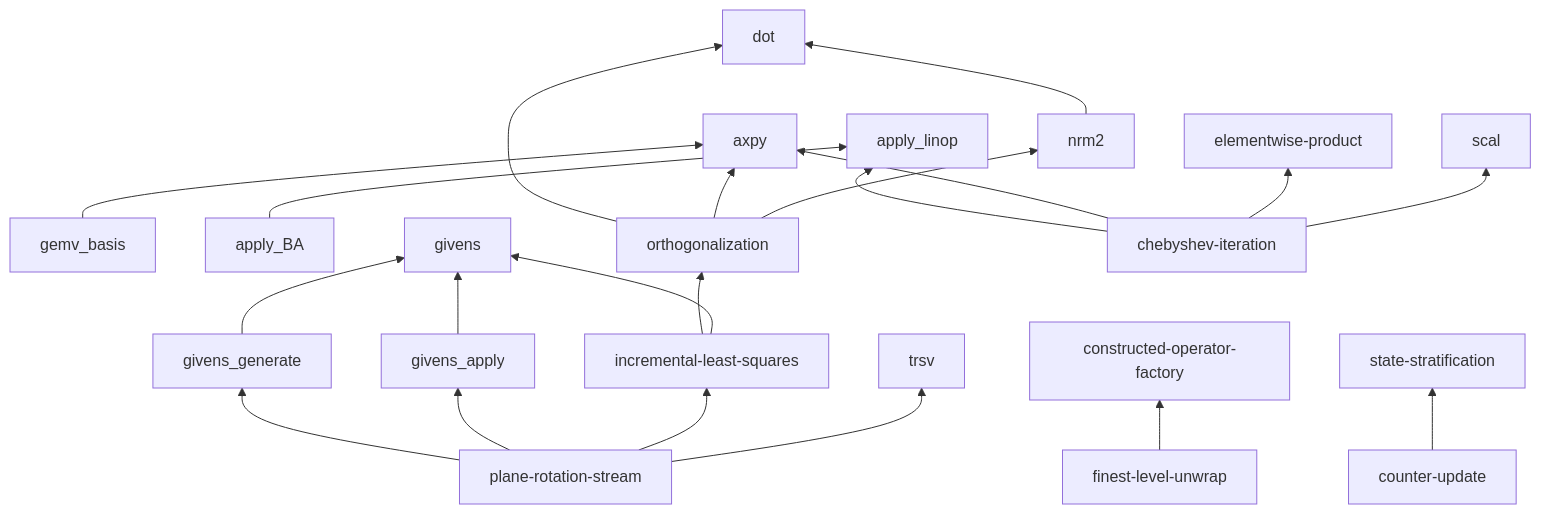
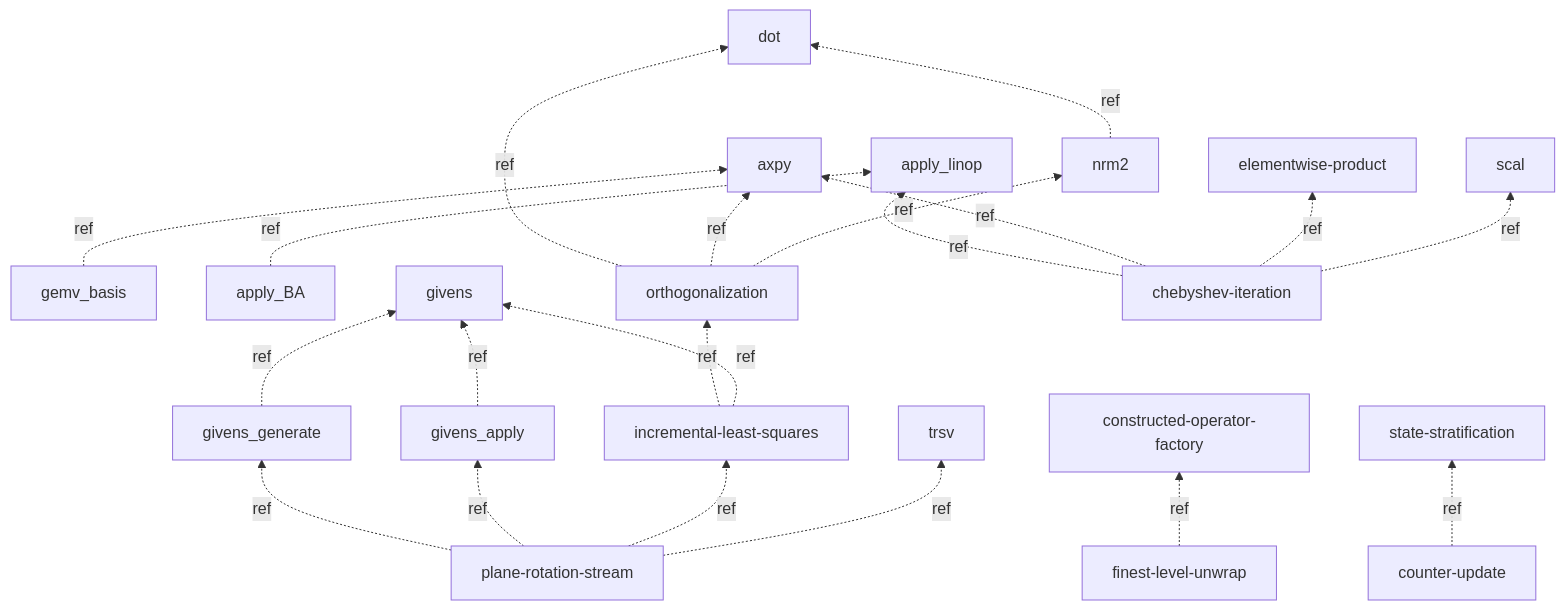
One commit to crutcher/palace_whiteroom changed the second of 3 diagrams in book/src/concepts/dependency-map.md. Above: the diagram before and after it, drawn with Mermaid. The commit also changed other lines of this file and 97 other files, not shown here.

````diff
--- a/book/src/concepts/dependency-map.md
+++ b/book/src/concepts/dependency-map.md
@@ -75,23 +110,23 @@
 ```mermaid
 graph BT
-  nrm2 --> dot
-  gemv_basis --> axpy
-  apply_BA --> apply_linop
-  givens_apply --> givens
-  givens_generate --> givens
-  orthogonalization --> dot
-  orthogonalization --> axpy
-  orthogonalization --> nrm2
-  incremental-least-squares --> orthogonalization
-  incremental-least-squares --> givens
-  plane-rotation-stream --> givens_generate
-  plane-rotation-stream --> givens_apply
-  plane-rotation-stream --> incremental-least-squares
-  plane-rotation-stream --> trsv
-  chebyshev-iteration --> apply_linop
-  chebyshev-iteration --> axpy
-  chebyshev-iteration --> elementwise-product
-  chebyshev-iteration --> scal
-  finest-level-unwrap --> constructed-operator-factory
-  counter-update --> state-stratification
+  nrm2 -.->|ref| dot
+  gemv_basis -.->|ref| axpy
+  apply_BA -.->|ref| apply_linop
+  givens_apply -.->|ref| givens
+  givens_generate -.->|ref| givens
+  orthogonalization -.->|ref| dot
+  orthogonalization -.->|ref| axpy
+  orthogonalization -.->|ref| nrm2
+  incremental-least-squares -.->|ref| orthogonalization
+  incremental-least-squares -.->|ref| givens
+  plane-rotation-stream -.->|ref| givens_generate
+  plane-rotation-stream -.->|ref| givens_apply
+  plane-rotation-stream -.->|ref| incremental-least-squares
+  plane-rotation-stream -.->|ref| trsv
+  chebyshev-iteration -.->|ref| apply_linop
+  chebyshev-iteration -.->|ref| axpy
+  chebyshev-iteration -.->|ref| elementwise-product
+  chebyshev-iteration -.->|ref| scal
+  finest-level-unwrap -.->|ref| constructed-operator-factory
+  counter-update -.->|ref| state-stratification
 ```
````
